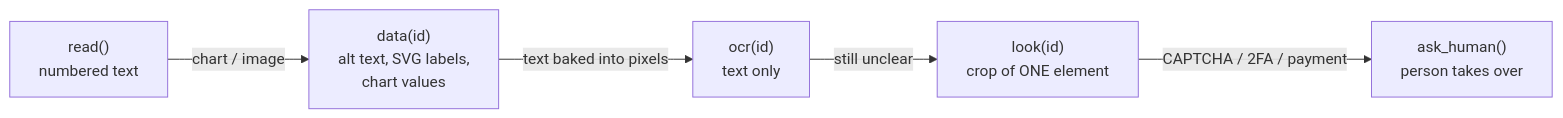
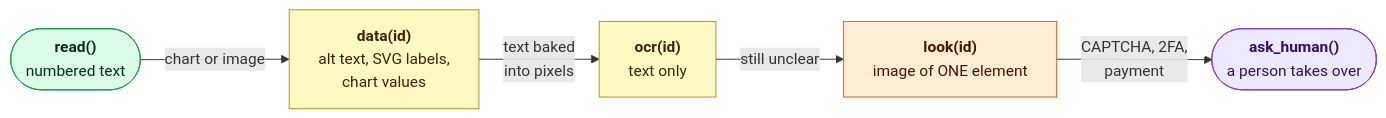
The fourth of 4 diagrams in docs/APPROACH.md (adi-devv/mantis), drawn with Mermaid before and after one commit. The commit also changed other lines of this file and 7 other files, not shown here.

First line of the commit message:
feat: finalise 0.1.1 - shorter tool list, full prose on fitting pages, cleaner diagrams

````diff
--- a/docs/APPROACH.md
+++ b/docs/APPROACH.md
@@ -116,7 +142,16 @@
 ```mermaid
 flowchart LR
-    R["read()<br/>numbered text"] -->|chart / image| D["data(id)<br/>alt text, SVG labels,<br/>chart values"]
-    D -->|text baked into pixels| O["ocr(id)<br/>text only"]
-    O -->|still unclear| L["look(id)<br/>crop of ONE element"]
-    L -->|CAPTCHA / 2FA / payment| H["ask_human()<br/>person takes over"]
+    R(["<b>read()</b><br/>numbered text"]) -- "chart or image" --> D["<b>data(id)</b><br/>alt text, SVG labels,<br/>chart values"]
+    D -- "text baked<br/>into pixels" --> O["<b>ocr(id)</b><br/>text only"]
+    O -- "still unclear" --> L["<b>look(id)</b><br/>image of ONE element"]
+    L -- "CAPTCHA, 2FA,<br/>payment" --> H(["<b>ask_human()</b><br/>a person takes over"])
+
+    classDef t1 fill:#dcfce7,stroke:#16a34a,color:#052e16
+    classDef t2 fill:#fef9c3,stroke:#ca8a04,color:#422006
+    classDef t3 fill:#ffedd5,stroke:#ea580c,color:#431407
+    classDef t5 fill:#ede9fe,stroke:#7c3aed,color:#2e1065
+    class R t1
+    class D,O t2
+    class L t3
+    class H t5
 ```
````
